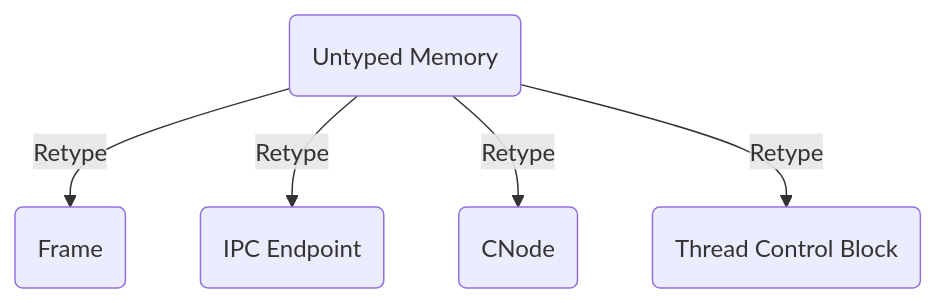
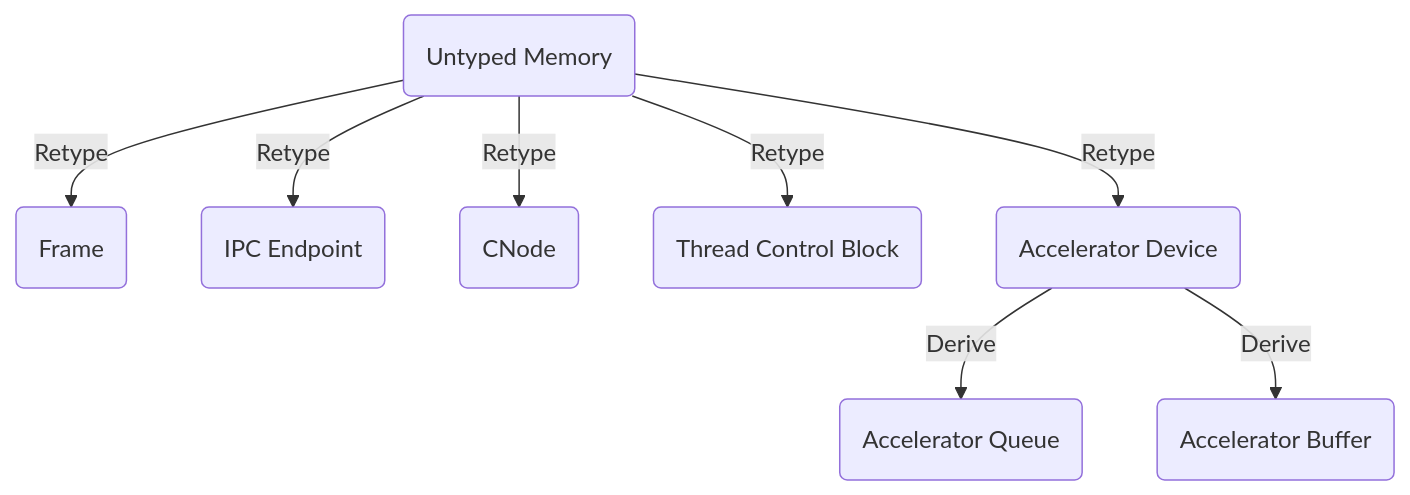
Before and after one commit to CloudCarpentry/Bharat-OS: the diagram in docs/architecture/kernel/capabilities/capability-types.md, drawn with Mermaid. The commit also changed other lines of this file and 9 other files, not shown here.

````diff
--- a/docs/architecture/kernel/capabilities/capability-types.md
+++ b/docs/architecture/kernel/capabilities/capability-types.md
@@ -49,7 +74,10 @@
 ```mermaid
 graph TD
     Untyped(Untyped Memory) -->|Retype| Frame(Frame)
     Untyped -->|Retype| Endpoint(IPC Endpoint)
     Untyped -->|Retype| CNode(CNode)
     Untyped -->|Retype| TCB(Thread Control Block)
+    Untyped -->|Retype| AccelDevice(Accelerator Device)
+    AccelDevice -->|Derive| AccelQueue(Accelerator Queue)
+    AccelDevice -->|Derive| AccelBuffer(Accelerator Buffer)
 ```
````
